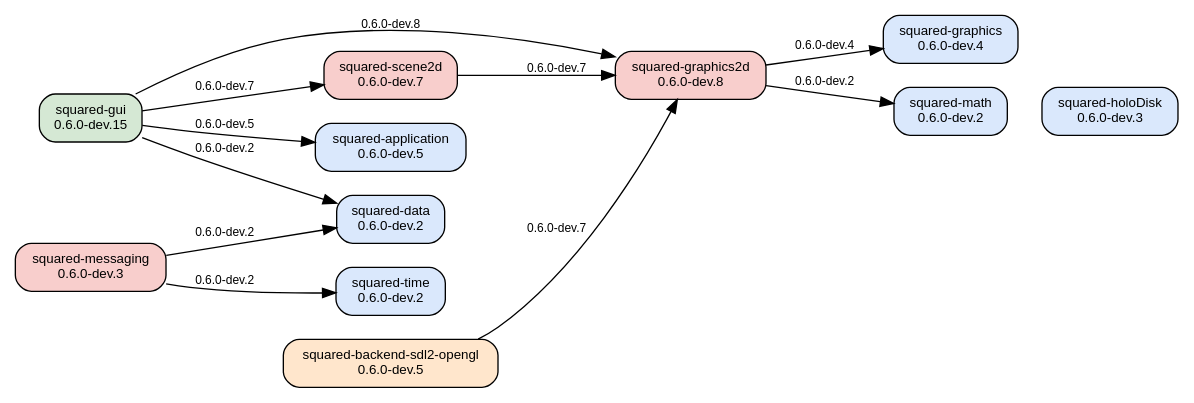
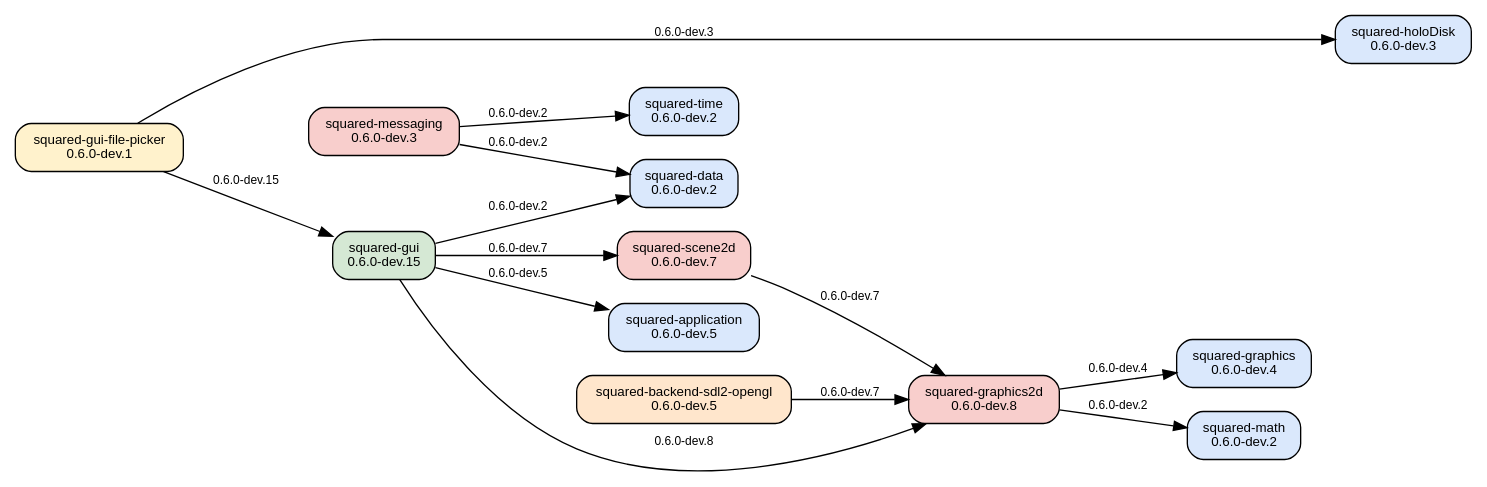
Before and after one commit to squared-netizen/squared: the diagram in docs/developer/architecture/package-dependencies.dot, drawn with Graphviz. The commit also changed 20 other files, not shown here.

First line of the commit message:
feat(gui): add HoloDisk file picker integration

```diff
--- a/docs/developer/architecture/package-dependencies.dot
+++ b/docs/developer/architecture/package-dependencies.dot
@@ -1,41 +1,43 @@
 // Framework package dependency graph.
 // Edge set derived exactly from each package manifest.json "module.requires".
 // Edges are compile-time/package dependencies between immutable .sq module
 // coordinates. Application-owned runtime adapters (e.g. a host selecting a
 // backend at link time) are not package requirements and are not shown.
 digraph package_dependencies {
   rankdir="LR";
   node [shape=box, style="rounded,filled", fontname="Helvetica", fontsize=10];
   edge [fontname="Helvetica", fontsize=9];
 
   // Leaf packages with no requires.
   application   [label="squared-application\n0.6.0-dev.5", fillcolor="#dae8fc"];
   data          [label="squared-data\n0.6.0-dev.2", fillcolor="#dae8fc"];
   graphics      [label="squared-graphics\n0.6.0-dev.4", fillcolor="#dae8fc"];
   holoDisk      [label="squared-holoDisk\n0.6.0-dev.3", fillcolor="#dae8fc"];
   math          [label="squared-math\n0.6.0-dev.2", fillcolor="#dae8fc"];
   time          [label="squared-time\n0.6.0-dev.2", fillcolor="#dae8fc"];
 
   // Consumers.
   graphics2d    [label="squared-graphics2d\n0.6.0-dev.8", fillcolor="#f8cecc"];
   scene2d       [label="squared-scene2d\n0.6.0-dev.7", fillcolor="#f8cecc"];
   backend       [label="squared-backend-sdl2-opengl\n0.6.0-dev.5", fillcolor="#ffe6cc"];
   messaging     [label="squared-messaging\n0.6.0-dev.3", fillcolor="#f8cecc"];
   gui           [label="squared-gui\n0.6.0-dev.15", fillcolor="#d5e8d4"];
+  file_picker   [label="squared-gui-file-picker\n0.6.0-dev.1", fillcolor="#fff2cc"];
 
   graphics2d -> graphics [label="0.6.0-dev.4"];
   graphics2d -> math     [label="0.6.0-dev.2"];
   scene2d    -> graphics2d [label="0.6.0-dev.7"];
   backend    -> graphics2d [label="0.6.0-dev.7"];
   messaging  -> data      [label="0.6.0-dev.2"];
   messaging  -> time      [label="0.6.0-dev.2"];
   gui        -> data      [label="0.6.0-dev.2"];
   gui        -> application [label="0.6.0-dev.5"];
   gui        -> scene2d   [label="0.6.0-dev.7"];
   gui        -> graphics2d [label="0.6.0-dev.8"];
+  file_picker -> gui       [label="0.6.0-dev.15"];
+  file_picker -> holoDisk  [label="0.6.0-dev.3"];
 
-  // HoloDisk stays independent and optional: no incoming or outgoing edges
-  // exist in any manifest. It must not appear as a GUI dependency before an
-  // explicit integration milestone.
+  // HoloDisk remains independent and optional for core GUI. Only the explicit
+  // file-picker integration package requires it.
   { rank=sink; holoDisk; }
 }
```
